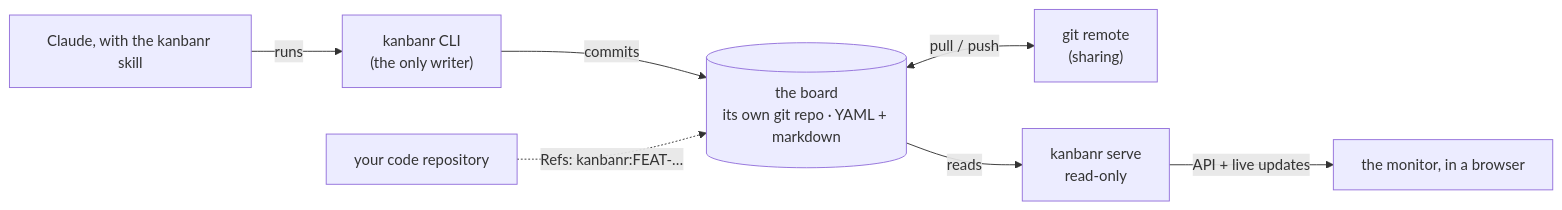
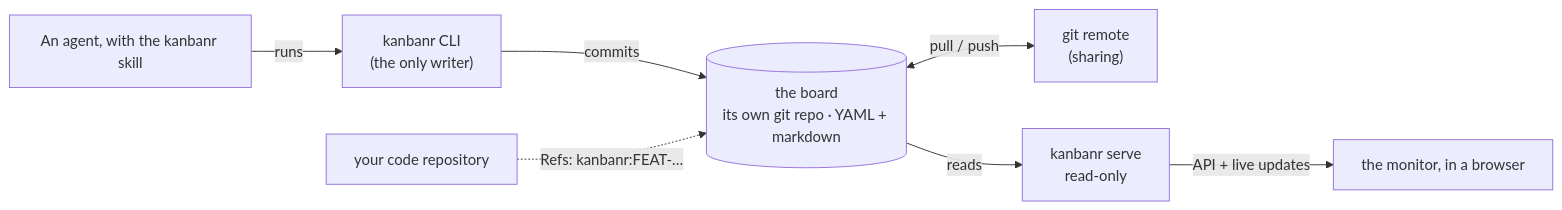
One commit to startr-trade/kanbanr changed the diagram in README.md. Above: the diagram before and after it, drawn with Mermaid. The commit also changed other lines of this file and 28 other files, not shown here.

First line of the commit message:
docs: agent-neutral wording in the README, tagline homes, introduction and the using, getting-started, architecture, reference and project pages (MNT-019)

````diff
--- a/README.md
+++ b/README.md
@@ -148,9 +148,9 @@
 ```mermaid
 flowchart LR
-  C["Claude, with the kanbanr skill"] -->|runs| CLI["kanbanr CLI<br/>(the only writer)"]
+  C["An agent, with the kanbanr skill"] -->|runs| CLI["kanbanr CLI<br/>(the only writer)"]
   CLI -->|commits| B[("the board<br/>its own git repo · YAML + markdown")]
   B <-->|pull / push| R["git remote<br/>(sharing)"]
   B -->|reads| S["kanbanr serve<br/>read-only"]
   S -->|"API + live updates"| UI["the monitor, in a browser"]
   CODE["your code repository"] -.->|"Refs: kanbanr:FEAT-…"| B
 ```
````
